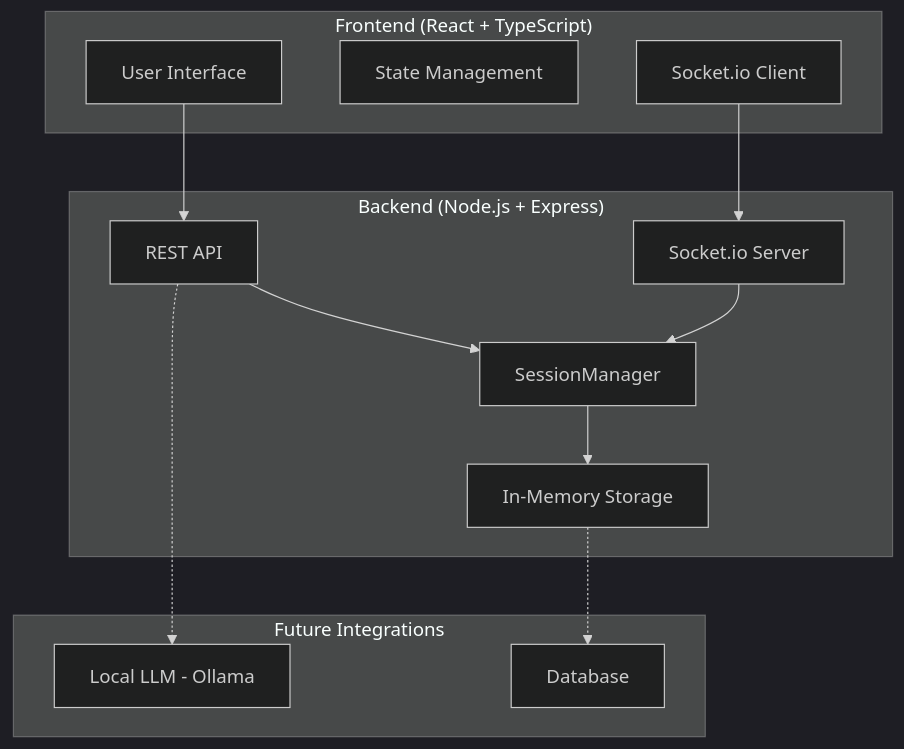
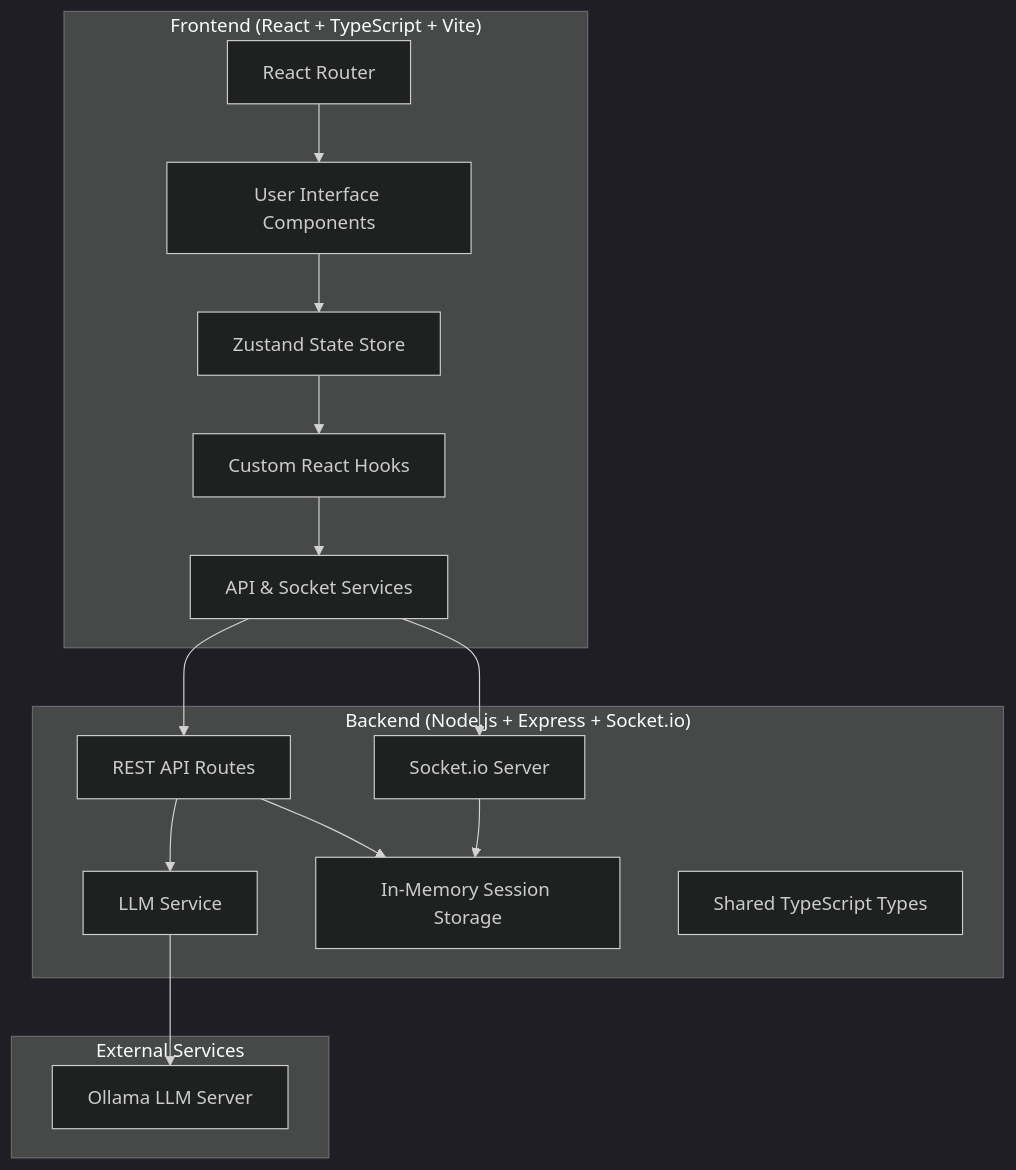
One commit to sshindesiddesh/letscatchup changed the first of 10 diagrams in docs/architecture.md. Above: the diagram before and after it, drawn with Mermaid (dark theme). The commit also changed other lines of this file and 5 other files, not shown here.

````diff
--- a/docs/architecture.md
+++ b/docs/architecture.md
@@ -8,29 +8,33 @@
 ```mermaid
 graph TB
-    subgraph "Frontend (React + TypeScript)"
-        UI[User Interface]
-        State[State Management]
-        Socket[Socket.io Client]
+    subgraph "Frontend (React + TypeScript + Vite)"
+        UI[User Interface Components]
+        Store[Zustand State Store]
+        Hooks[Custom React Hooks]
+        Services[API & Socket Services]
+        Router[React Router]
     end
-    
-    subgraph "Backend (Node.js + Express)"
-        API[REST API]
-        Manager[SessionManager]
-        SocketServer[Socket.io Server]
-        Storage[In-Memory Storage]
+
+    subgraph "Backend (Node.js + Express + Socket.io)"
+        API[REST API Routes]
+        Socket[Socket.io Server]
+        LLM[LLM Service]
+        Memory[In-Memory Session Storage]
+        Types[Shared TypeScript Types]
     end
-    
-    subgraph "Future Integrations"
-        LLM[Local LLM - Ollama]
-        DB[Database]
+
+    subgraph "External Services"
+        Ollama[Ollama LLM Server]
     end
-    
-    UI --> API
-    Socket --> SocketServer
-    API --> Manager
-    SocketServer --> Manager
-    Manager --> Storage
-    
-    API -.-> LLM
-    Storage -.-> DB
+
+    UI --> Store
+    Store --> Hooks
+    Hooks --> Services
+    Services --> API
+    Services --> Socket
+    API --> Memory
+    Socket --> Memory
+    LLM --> Ollama
+    API --> LLM
+    Router --> UI
 ```
````
